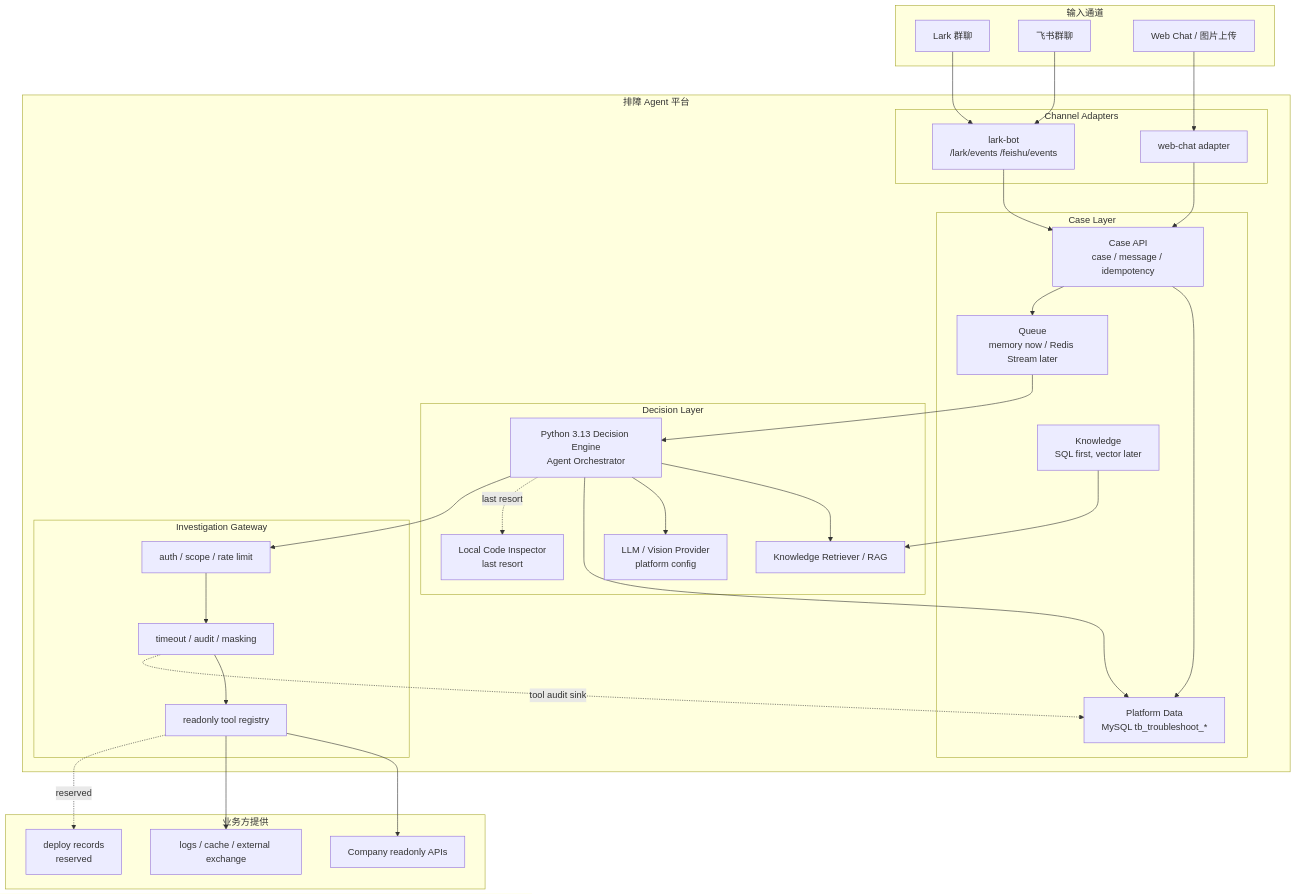
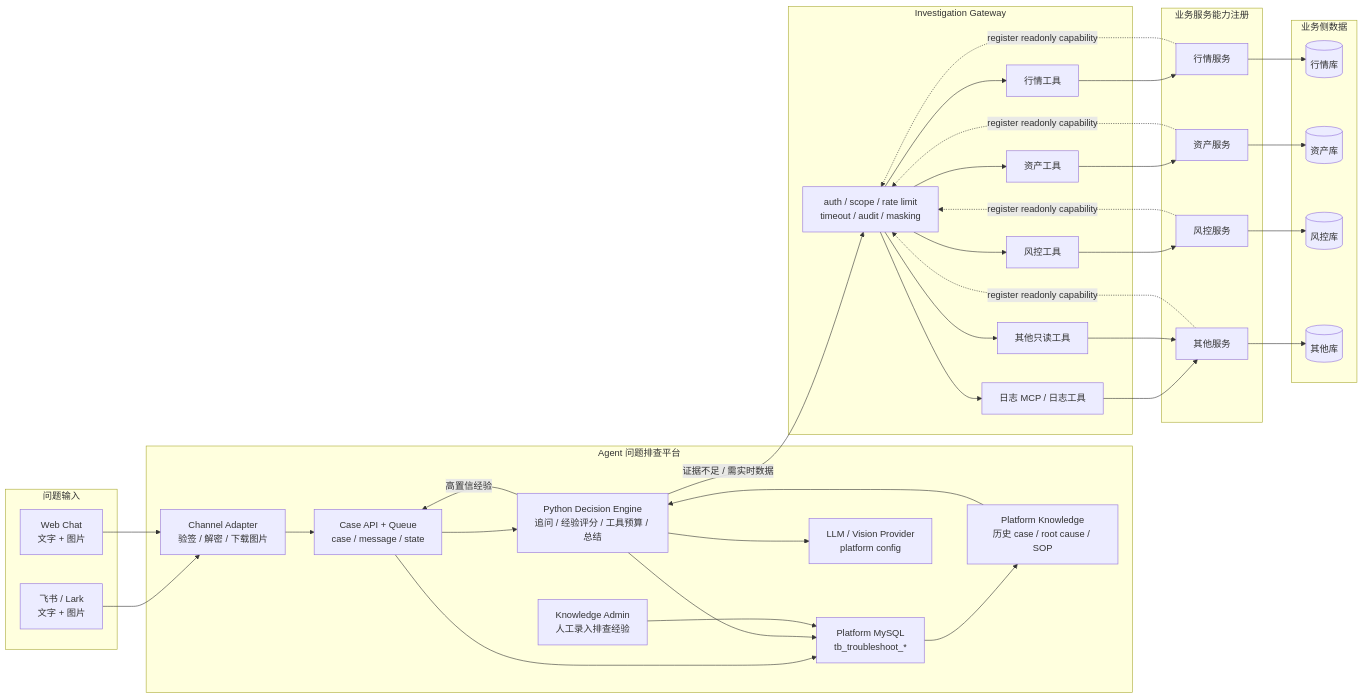
One commit to Nankis/ai-troubleshooter changed the diagram in docs/architecture-decisions.md. Above: the diagram before and after it, drawn with Mermaid. The commit also changed other lines of this file and 14 other files, not shown here.

Commit message:
P-2026-007 Align architecture and flow diagrams

````diff
--- a/docs/architecture-decisions.md
+++ b/docs/architecture-decisions.md
@@ -34,62 +34,71 @@
 ```mermaid
-flowchart TB
-  subgraph Inputs["输入通道"]
-    Lark["Lark 群聊"]
-    Feishu["飞书群聊"]
-    Web["Web Chat / 图片上传"]
+flowchart LR
+  subgraph Input["问题输入"]
+    Lark["飞书 / Lark<br/>文字 + 图片"]
+    Web["Web Chat<br/>文字 + 图片"]
   end
 
-  subgraph Platform["排障 Agent 平台"]
-    subgraph Intake["Channel Adapters"]
-      LarkBot["lark-bot<br/>/lark/events /feishu/events"]
-      WebAdapter["web-chat adapter"]
-    end
-
-    subgraph CaseLayer["Case Layer"]
-      CaseAPI["Case API<br/>case / message / idempotency"]
-      Queue["Queue<br/>memory now / Redis Stream later"]
-      Store["Platform Data<br/>MySQL tb_troubleshoot_*"]
-      Knowledge["Knowledge<br/>SQL first, vector later"]
-    end
-
-    subgraph Brain["Decision Layer"]
-      PyEngine["Python 3.13 Decision Engine<br/>Agent Orchestrator"]
-      Retriever["Knowledge Retriever / RAG"]
-      LocalCode["Local Code Inspector<br/>last resort"]
-      Model["LLM / Vision Provider<br/>platform config"]
-    end
-
-    subgraph Gateway["Investigation Gateway"]
-      Policy["auth / scope / rate limit"]
-      Audit["timeout / audit / masking"]
-      Registry["readonly tool registry"]
-    end
+  subgraph Platform["Agent 问题排查平台"]
+    Adapter["Channel Adapter<br/>验签 / 解密 / 下载图片"]
+    CaseAPI["Case API + Queue<br/>case / message / state"]
+    PyEngine["Python Decision Engine<br/>追问 / 经验评分 / 工具预算 / 总结"]
+    Store["Platform MySQL<br/>tb_troubleshoot_*"]
+    Knowledge["Platform Knowledge<br/>历史 case / root cause / SOP"]
+    Admin["Knowledge Admin<br/>人工录入排查经验"]
+    Model["LLM / Vision Provider<br/>platform config"]
   end
 
-  subgraph Business["业务方提供"]
-    APIs["Company readonly APIs"]
-    Logs["logs / cache / external exchange"]
-    Deploy["deploy records<br/>reserved"]
+  subgraph Gateway["Investigation Gateway"]
+    Gate["auth / scope / rate limit<br/>timeout / audit / masking"]
+    LogsTool["日志 MCP / 日志工具"]
+    MarketTool["行情工具"]
+    AssetTool["资产工具"]
+    RiskTool["风控工具"]
+    OtherTool["其他只读工具"]
   end
 
-  Lark --> LarkBot
-  Feishu --> LarkBot
-  Web --> WebAdapter
-  LarkBot --> CaseAPI
-  WebAdapter --> CaseAPI
+  subgraph Business["业务服务能力注册"]
+    MarketSvc["行情服务"]
+    AssetSvc["资产服务"]
+    RiskSvc["风控服务"]
+    OtherSvc["其他服务"]
+  end
+
+  subgraph BusinessDB["业务侧数据"]
+    MarketDB[(行情库)]
+    AssetDB[(资产库)]
+    RiskDB[(风控库)]
+    OtherDB[(其他库)]
+  end
+
+  Lark --> Adapter
+  Web --> Adapter
+  Adapter --> CaseAPI
+  CaseAPI --> PyEngine
   CaseAPI --> Store
-  CaseAPI --> Queue
-  Queue --> PyEngine
-  PyEngine --> Retriever
   PyEngine --> Model
   PyEngine --> Store
-  PyEngine -. last resort .-> LocalCode
-  PyEngine --> Policy
-  Policy --> Audit
-  Audit --> Registry
-  Registry --> APIs
-  Registry --> Logs
-  Registry -. reserved .-> Deploy
-  Knowledge --> Retriever
-  Audit -. tool audit sink .-> Store
+  Admin --> Store
+  Store --> Knowledge
+  Knowledge --> PyEngine
+  PyEngine -- "高置信经验" --> CaseAPI
+  PyEngine -- "证据不足 / 需实时数据" --> Gate
+  Gate --> LogsTool
+  Gate --> MarketTool
+  Gate --> AssetTool
+  Gate --> RiskTool
+  Gate --> OtherTool
+  MarketSvc -. "register readonly capability" .-> Gate
+  AssetSvc -. "register readonly capability" .-> Gate
+  RiskSvc -. "register readonly capability" .-> Gate
+  OtherSvc -. "register readonly capability" .-> Gate
+  LogsTool --> OtherSvc
+  MarketTool --> MarketSvc
+  AssetTool --> AssetSvc
+  RiskTool --> RiskSvc
+  OtherTool --> OtherSvc
+  MarketSvc --> MarketDB
+  AssetSvc --> AssetDB
+  RiskSvc --> RiskDB
+  OtherSvc --> OtherDB
 ```
````
